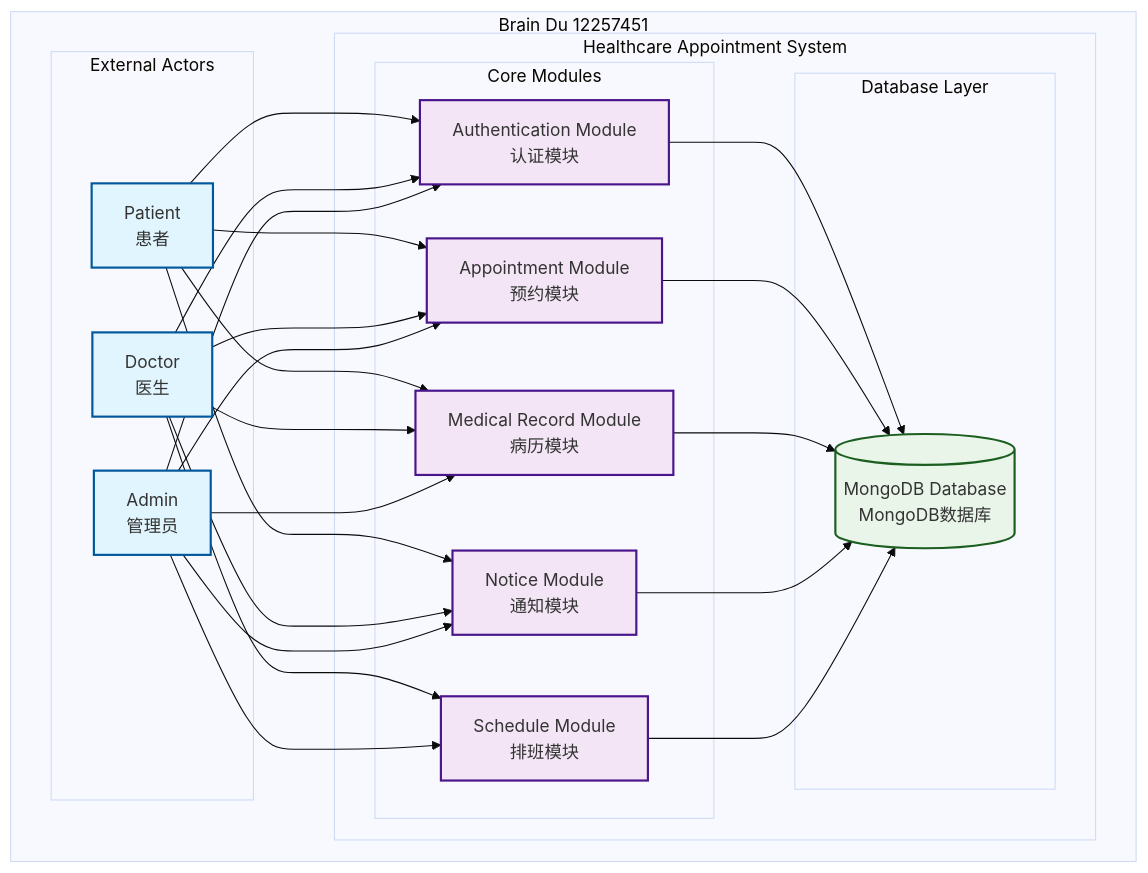
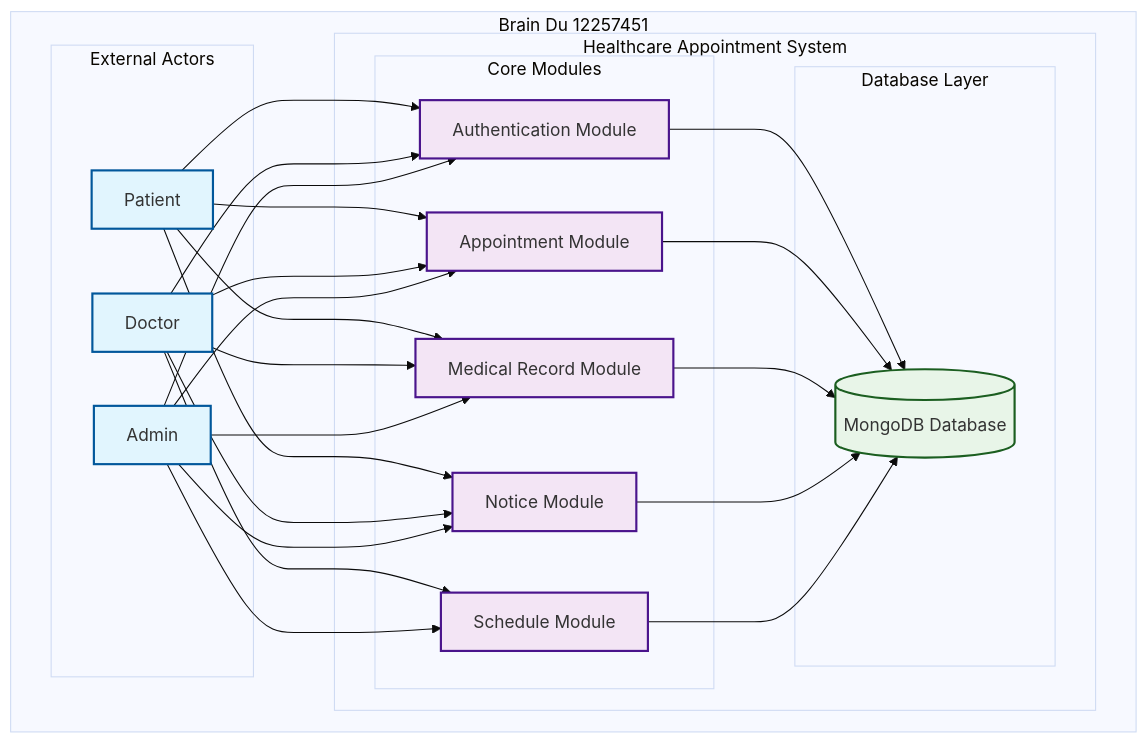
One commit to xiaoyu-yang48/Healthcare_Appointment_and_Records_System changed the first of 9 diagrams in docs/root/SYSML_DIAGRAMS_ACTUAL_IMPLEMENTATION.md. Above: the diagram before and after it, drawn with Mermaid (base theme). The commit also changed other lines of this file and 3 other files, not shown here.

Commit message:
try to draw diagram by remind

````diff
--- a/docs/root/SYSML_DIAGRAMS_ACTUAL_IMPLEMENTATION.md
+++ b/docs/root/SYSML_DIAGRAMS_ACTUAL_IMPLEMENTATION.md
@@ -13,61 +13,61 @@
 ```mermaid
 graph TB
 subgraph "Brain Du  12257451"
 
 
     subgraph "External Actors"
-        P[Patient<br/>患者]
-        D[Doctor<br/>医生]
-        A[Admin<br/>管理员]
+        P[Patient]
+        D[Doctor]
+        A[Admin]
     end
   
     subgraph "Healthcare Appointment System"
         subgraph "Core Modules"
-            Auth[Authentication Module<br/>认证模块]
-            Appt[Appointment Module<br/>预约模块]
-            Record[Medical Record Module<br/>病历模块]
-            Notice[Notice Module<br/>通知模块]
-            Schedule[Schedule Module<br/>排班模块]
+            Auth[Authentication Module]
+            Appt[Appointment Module]
+            Record[Medical Record Module]
+            Notice[Notice Module]
+            Schedule[Schedule Module]
         end
   
         subgraph "Database Layer"
-            DB[(MongoDB Database<br/>MongoDB数据库)]
+            DB[(MongoDB Database)]
         end
     end
   
     %% Patient interactions
     P --> Auth
     P --> Appt
     P --> Record
     P --> Notice
   
     %% Doctor interactions
     D --> Auth
     D --> Appt
     D --> Record
     D --> Notice
     D --> Schedule
   
     %% Admin interactions
     A --> Auth
     A --> Appt
     A --> Record
     A --> Notice
     A --> Schedule
   
     %% Module to database connections
     Auth --> DB
     Appt --> DB
     Record --> DB
     Notice --> DB
     Schedule --> DB
   
     classDef actor fill:#e1f5fe,stroke:#01579b,stroke-width:2px
     classDef module fill:#f3e5f5,stroke:#4a148c,stroke-width:2px
     classDef database fill:#e8f5e8,stroke:#1b5e20,stroke-width:2px
   
     class P,D,A actor
     class Auth,Appt,Record,Notice,Schedule module
     class DB database
 end
 ```
````
